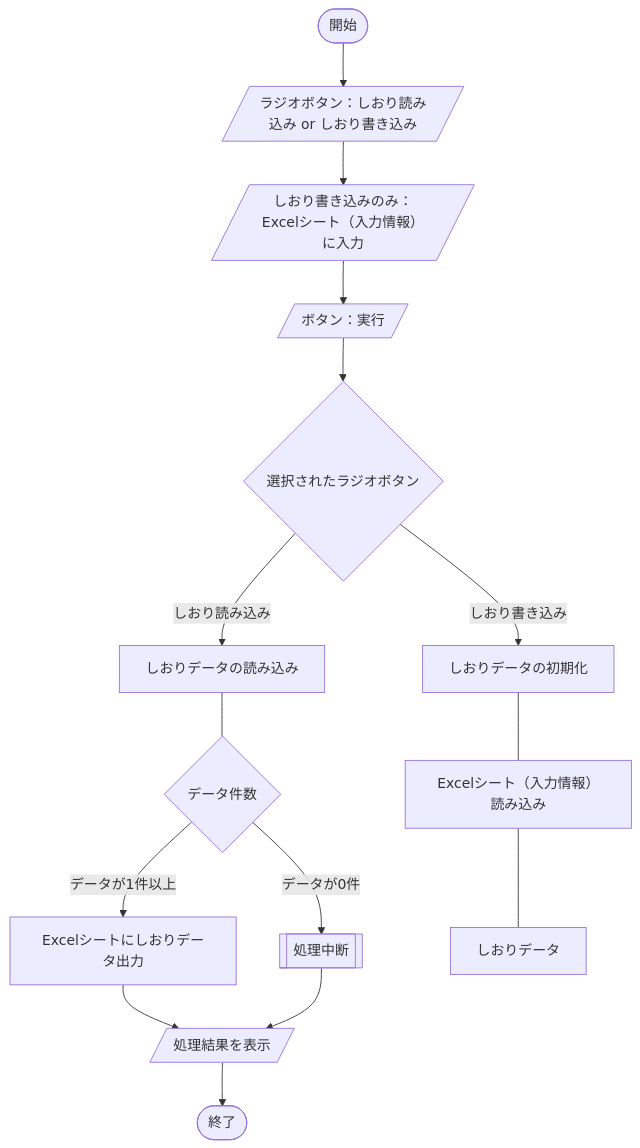
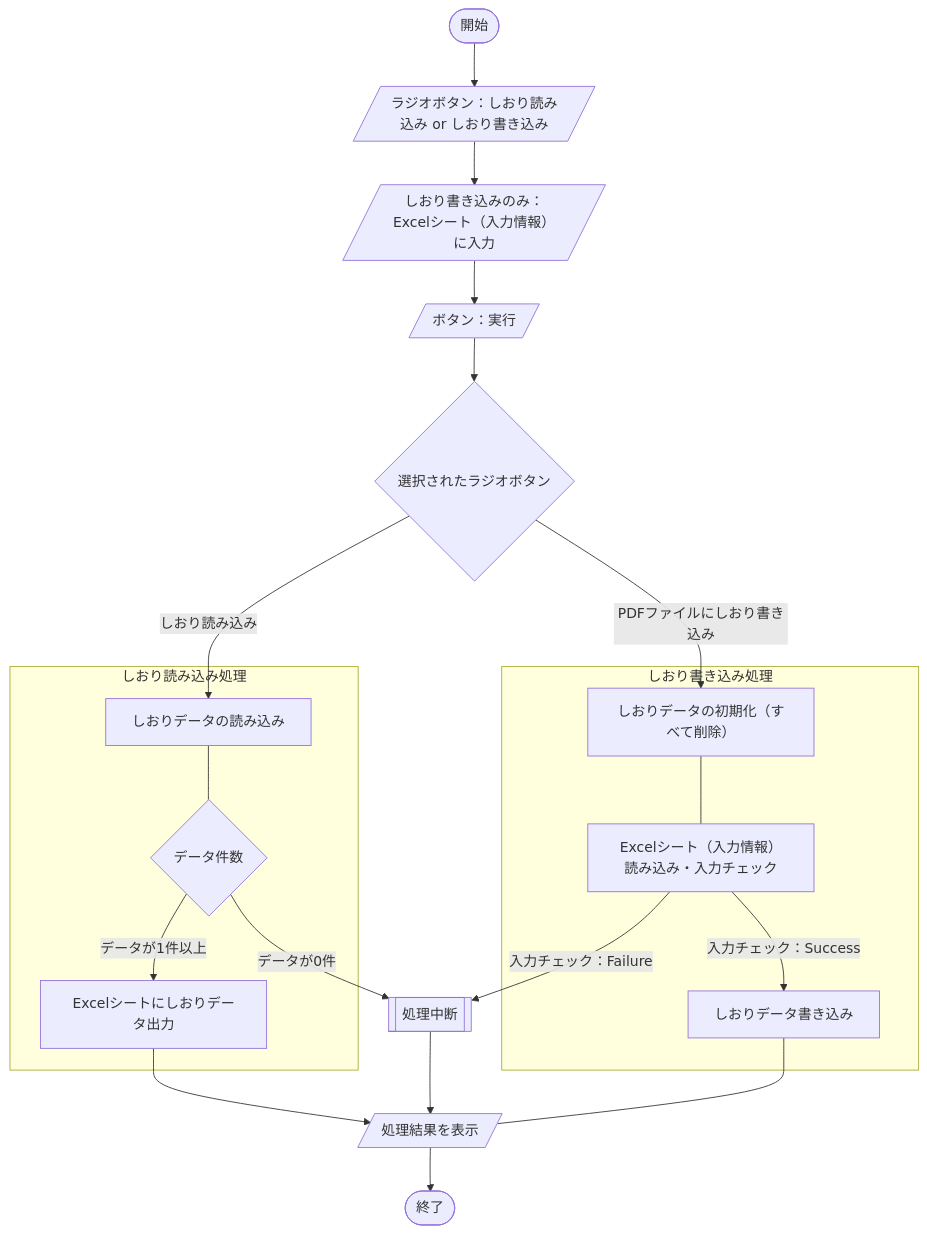
The diagram in articles/4fe3c9492bb0e2.md (akiGAMEBOY/haretokidoki_zn), drawn with Mermaid before and after one commit.

````diff
--- a/articles/4fe3c9492bb0e2.md
+++ b/articles/4fe3c9492bb0e2.md
@@ -54,19 +54,23 @@
 ```mermaid
 flowchart TB
     A(["開始"]) --> B[/"ラジオボタン：しおり読み込み or しおり書き込み"/]
     B --> C[/"しおり書き込みのみ：Excelシート（入力情報）に入力"/]
     C --> D[/"ボタン：実行"/]
-    D --> F{"選択されたラジオボタン"}
-
-    F --> |"しおり読み込み"| G["しおりデータの読み込み"]
-    G --- H{"データ件数"}
-    H --> |"データが1件以上"| I["Excelシートにしおりデータ出力"]
-    I -->  O[/"処理結果を表示"/]
-    H --> |"データが0件"| J[["処理中断"]]
-
-    F --> |"しおり書き込み"| K["しおりデータの初期化"]
-    K --- L["Excelシート（入力情報）読み込み"]
-    L --- M["しおりデータ"]
-    J -->  O[/"処理結果を表示"/]
-    O --> P(["終了"])
+    D --> E{"選択されたラジオボタン"}
+    E --> |"しおり読み込み"| F["しおりデータの読み込み"]
+    subgraph "しおり読み込み処理"
+    F --- G{"データ件数"}
+    G --> |"データが1件以上"| H["Excelシートにしおりデータ出力"]
+    end
+    H -->  M[/"処理結果を表示"/]
+    G --> |"データが0件"| I[["処理中断"]]
+    I --> M
+    E --> |"PDFファイルにしおり書き込み"| J["しおりデータの初期化（すべて削除）"]
+    subgraph "しおり書き込み処理"
+    J --- K["Excelシート（入力情報）読み込み・入力チェック"]
+    K --> |"入力チェック：Success"| L["しおりデータ書き込み"]
+    end
+    K --> |"入力チェック：Failure"| I
+    L --- M
+    M --> P(["終了"])
 ```
````
